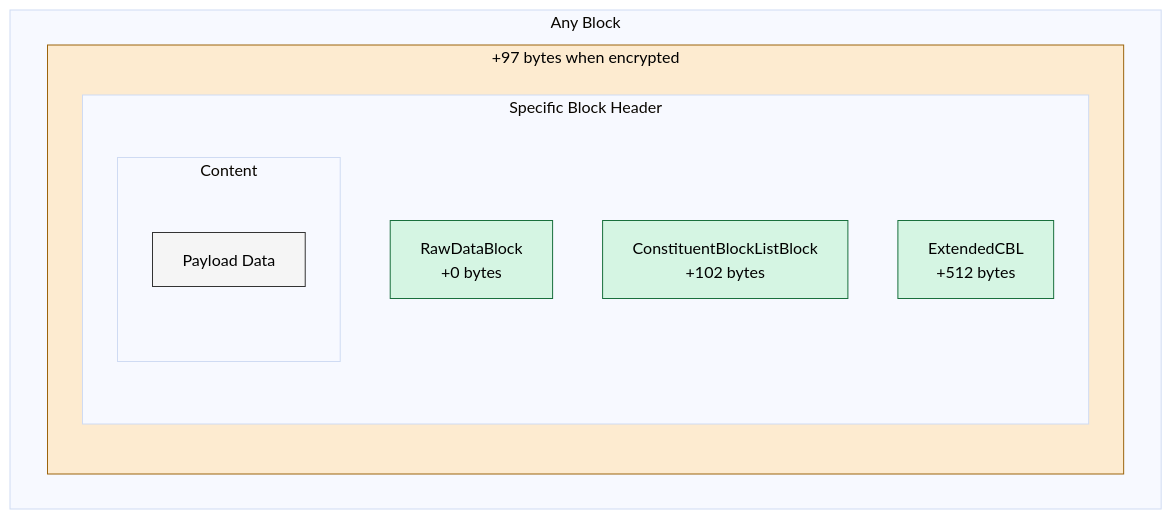
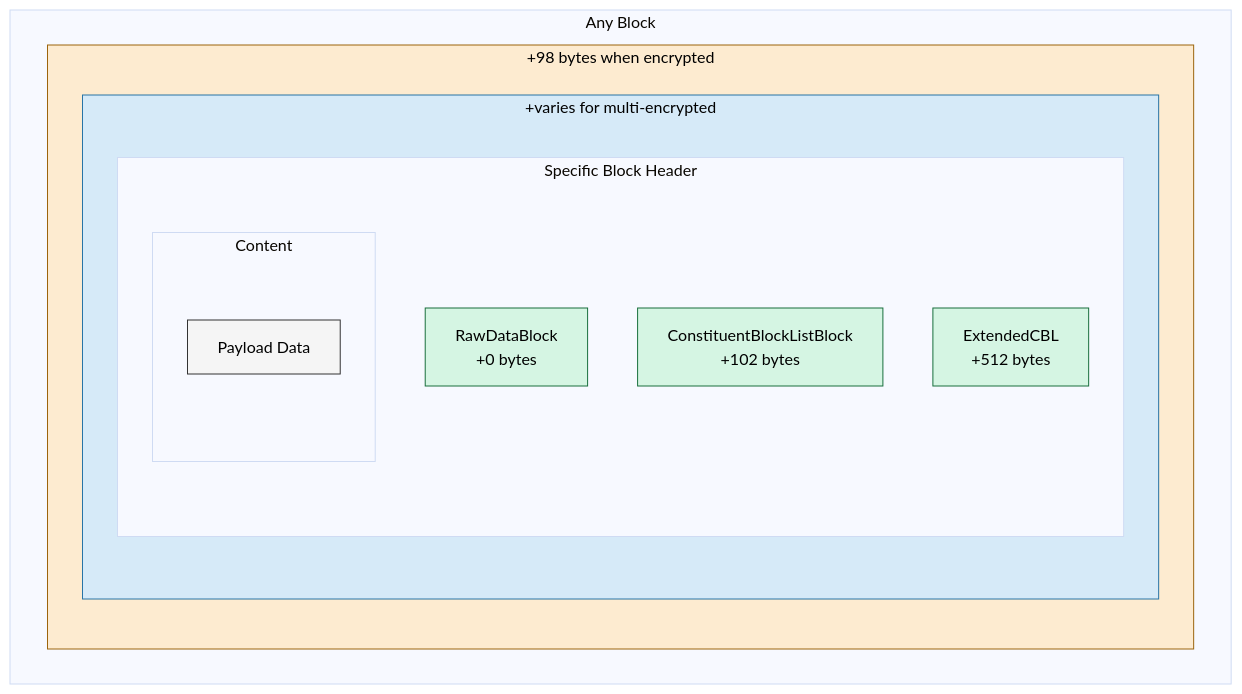
Before and after one commit to Digital-Defiance/BrightChain: the second of 2 diagrams in docs/blockHierarchy.md, drawn with Mermaid (base theme). The commit also changed other lines of this file and 123 other files, not shown here.

````diff
--- a/docs/blockHierarchy.md
+++ b/docs/blockHierarchy.md
@@ -223,25 +251,29 @@
 ```mermaid
 flowchart TD
     subgraph Any Block
-        subgraph Encryption [+97 bytes when encrypted]
-            subgraph Specific Block Header
-                subgraph Content
-                    payload["Payload Data"]
+        subgraph Encryption [+98 bytes when encrypted]
+            subgraph MultiEncryption [+varies for multi-encrypted]
+                subgraph Specific Block Header
+                    subgraph Content
+                        payload["Payload Data"]
+                    end
+
+                    class payload default
+
+                    RawData["RawDataBlock<br>+0 bytes"]
+                    CBL["ConstituentBlockListBlock<br>+102 bytes"]
+                    ECBL["ExtendedCBL<br>+512 bytes"]
                 end
-
-                class payload default
-
-                RawData["RawDataBlock<br>+0 bytes"]
-                CBL["ConstituentBlockListBlock<br>+102 bytes"]
-                ECBL["ExtendedCBL<br>+512 bytes"]
             end
         end
     end
 
     classDef default fill:#f5f5f5,stroke:#333,color:#000
     classDef header fill:#d5f5e3,stroke:#196f3d,color:#000
     classDef encrypt fill:#fdebd0,stroke:#9c640c,color:#000
+    classDef multiencrypt fill:#d6eaf8,stroke:#2874a6,color:#000
 
     class RawData,CBL,ECBL header
     class Encryption encrypt
+    class MultiEncryption multiencrypt
 ```
````
